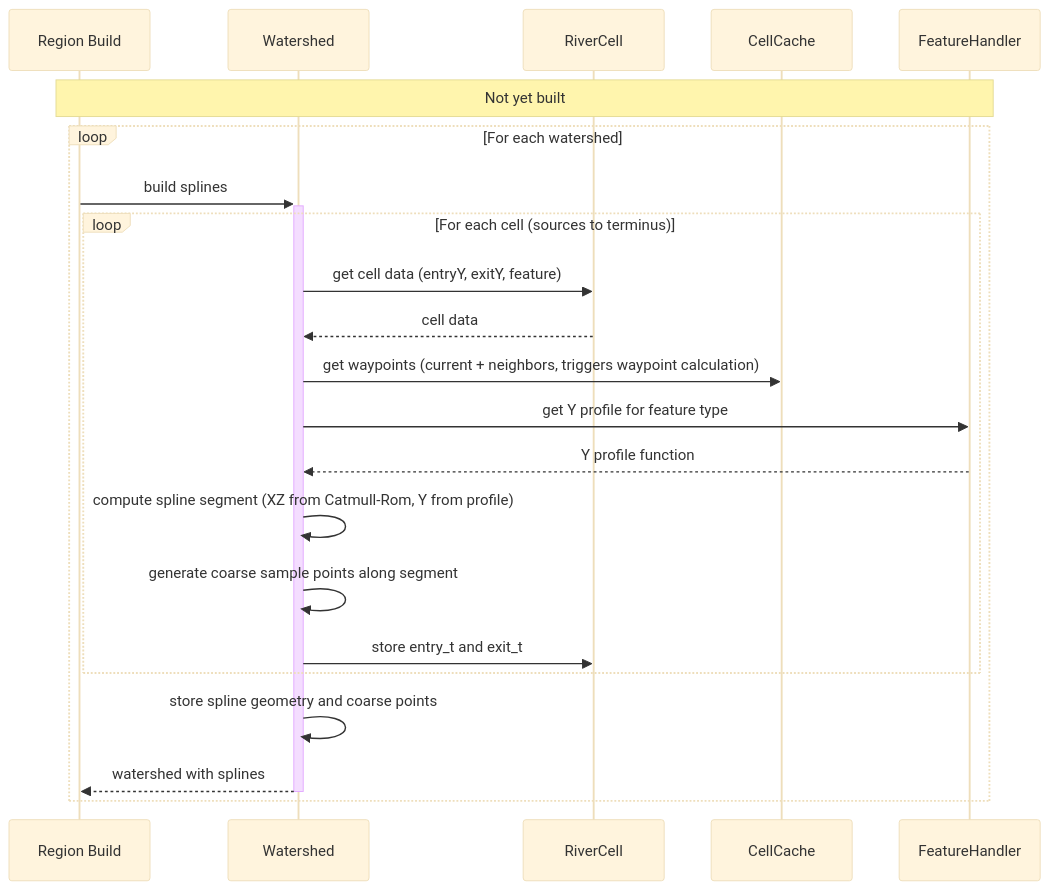
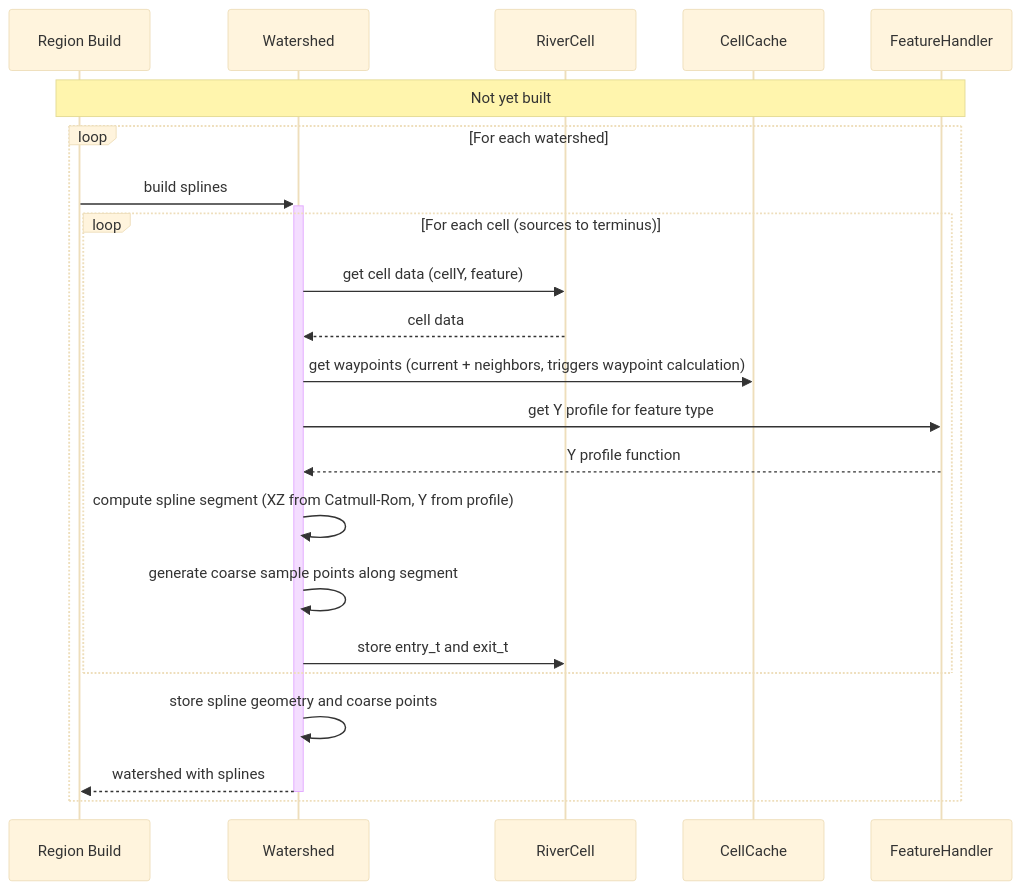
One commit to SoSly/RiverTale changed diagram 17 of 20 in docs/features/rivers/Rough Diagrams.md. Above: the diagram before and after it, drawn with Mermaid (base theme). The commit also changed other lines of this file and 12 other files, not shown here.

````diff
--- a/docs/features/rivers/Rough Diagrams.md
+++ b/docs/features/rivers/Rough Diagrams.md
@@ -590,29 +532,29 @@
 ```mermaid
 sequenceDiagram
     participant Build as Region Build
     participant Watershed
     participant RiverCell
     participant CellCache
     participant Features as FeatureHandler
 
     Note over Build,Features: Not yet built
 
     loop For each watershed
         Build ->>+ Watershed: build splines
 
         loop For each cell (sources to terminus)
-            Watershed ->> RiverCell: get cell data (entryY, exitY, feature)
+            Watershed ->> RiverCell: get cell data (cellY, feature)
             RiverCell -->> Watershed: cell data
             Watershed ->> CellCache: get waypoints (current + neighbors, triggers waypoint calculation)
             Watershed ->> Features: get Y profile for feature type
             Features -->> Watershed: Y profile function
             Watershed ->> Watershed: compute spline segment (XZ from Catmull-Rom, Y from profile)
             Watershed ->> Watershed: generate coarse sample points along segment
             Watershed ->> RiverCell: store entry_t and exit_t
         end
 
         Watershed ->> Watershed: store spline geometry and coarse points
 
         Watershed -->>- Build: watershed with splines
     end
 ```
````
